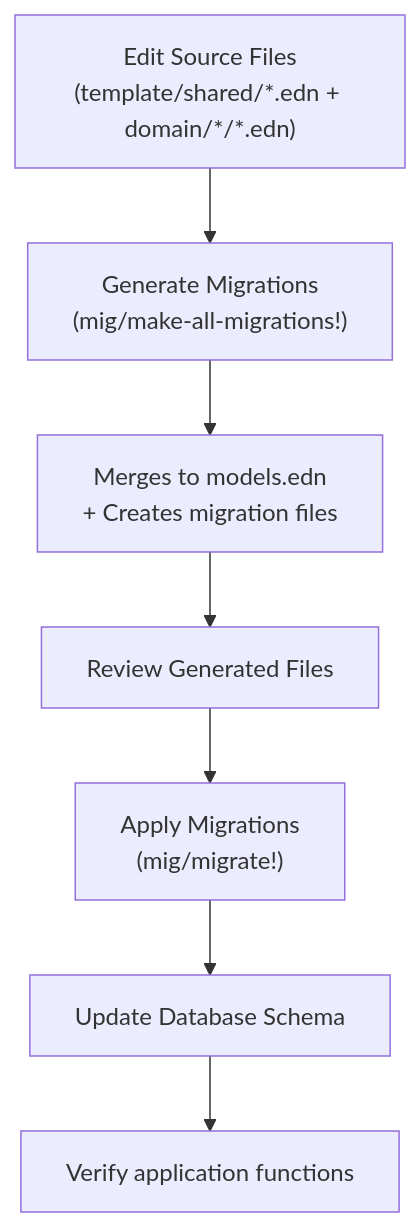
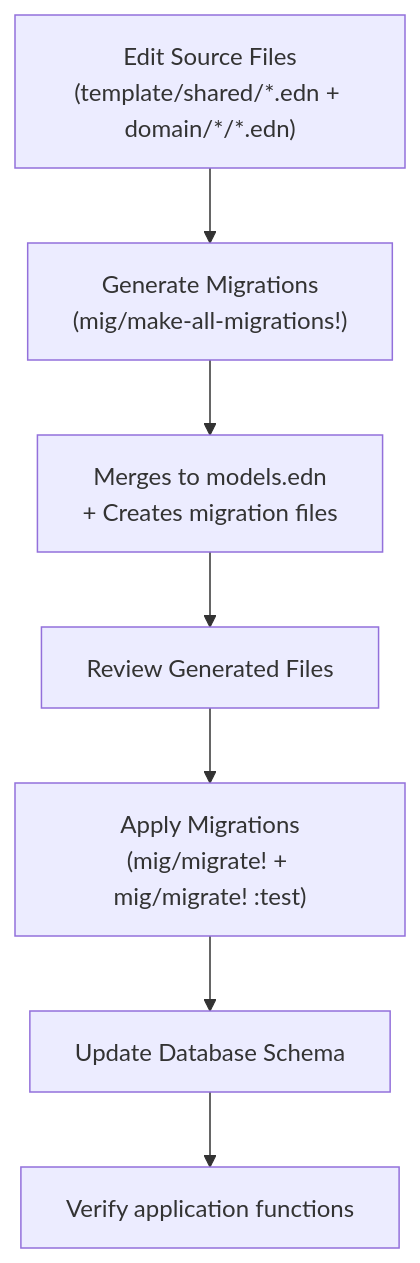
The diagram in docs/general/migrations/migration-overview.md (enesj/single-tenant-template), drawn with Mermaid before and after one commit. The commit also changed other lines of this file and 53 other files, not shown here.

````diff
--- a/docs/general/migrations/migration-overview.md
+++ b/docs/general/migrations/migration-overview.md
@@ -55,9 +55,9 @@
 ```mermaid
 graph TD
     A["Edit Source Files<br/>(template/shared/*.edn + domain/*/*.edn)"] --> B["Generate Migrations<br/>(mig/make-all-migrations!)"]
     B --> C["Merges to models.edn<br/>+ Creates migration files"]
     C --> D["Review Generated Files"]
-    D --> E["Apply Migrations<br/>(mig/migrate!)"]
+    D --> E["Apply Migrations<br/>(mig/migrate! + mig/migrate! :test)"]
     E --> F["Update Database Schema"]
     F --> G["Verify application functions"]
 ```
````
